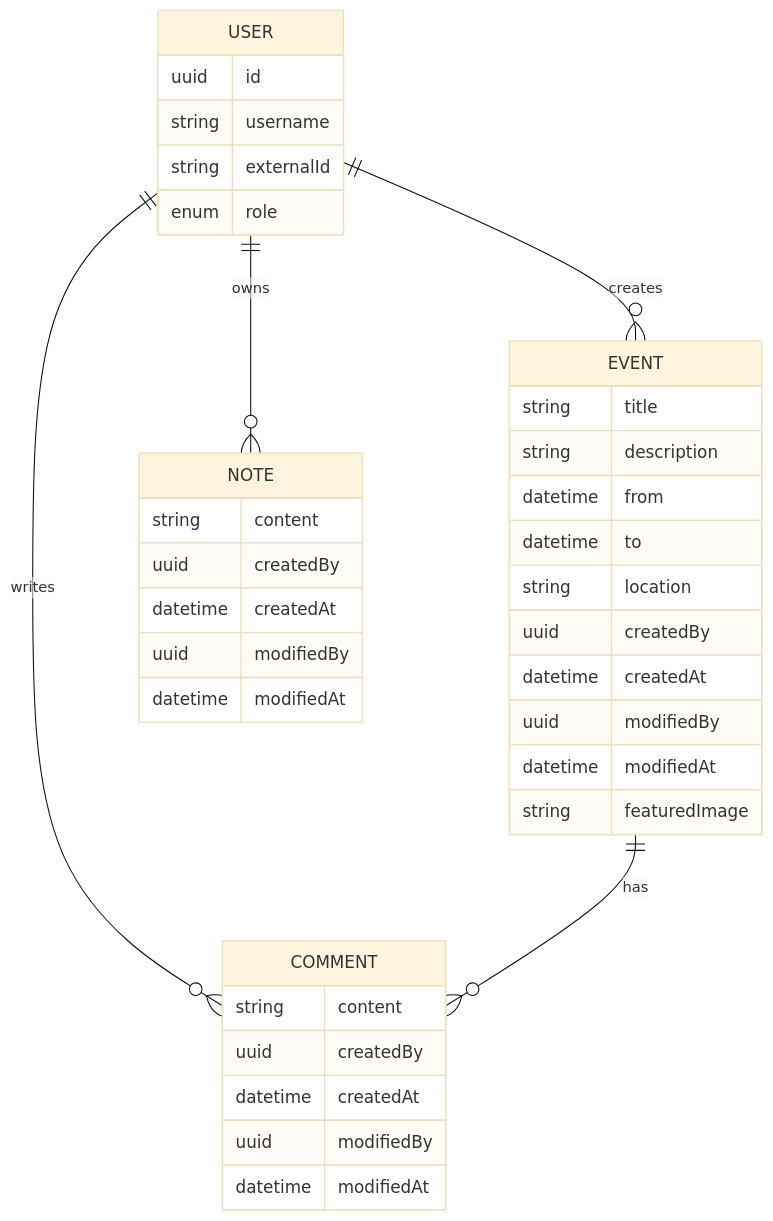
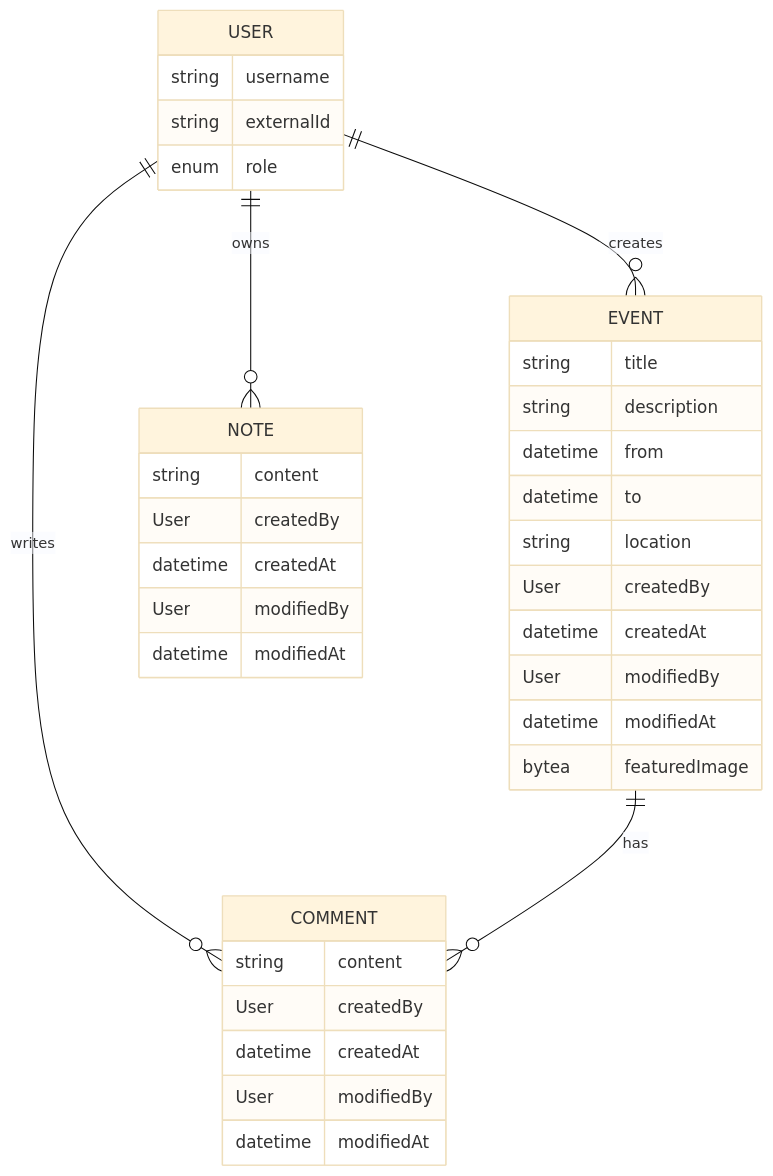
The diagram in README.md (rufer7/cas-ssdd-2026-project), drawn with Mermaid (base theme) before and after one commit. The commit also changed other lines of this file, not shown here.

Commit message:
Rename ERD to Domain Model and adjust

````diff
--- a/README.md
+++ b/README.md
@@ -87,43 +57,42 @@
 ```mermaid
 erDiagram
   USER {
-    uuid id
     string username
     string externalId
     enum role
   }
 
   EVENT {
     string title
     string description
     datetime from
     datetime to
     string location
-    uuid createdBy
+    User createdBy
     datetime createdAt
-    uuid modifiedBy
+    User modifiedBy
     datetime modifiedAt
-    string featuredImage
+    bytea featuredImage
   }
 
   COMMENT {
     string content
-    uuid createdBy
+    User createdBy
     datetime createdAt
-    uuid modifiedBy
+    User modifiedBy
     datetime modifiedAt
   }
 
   NOTE {
     string content
-    uuid createdBy
+    User createdBy
     datetime createdAt
-    uuid modifiedBy
+    User modifiedBy
     datetime modifiedAt
   }
 
   USER ||--o{ EVENT : creates
   USER ||--o{ COMMENT : writes
   USER ||--o{ NOTE : owns
   EVENT ||--o{ COMMENT : has
 ```
````
